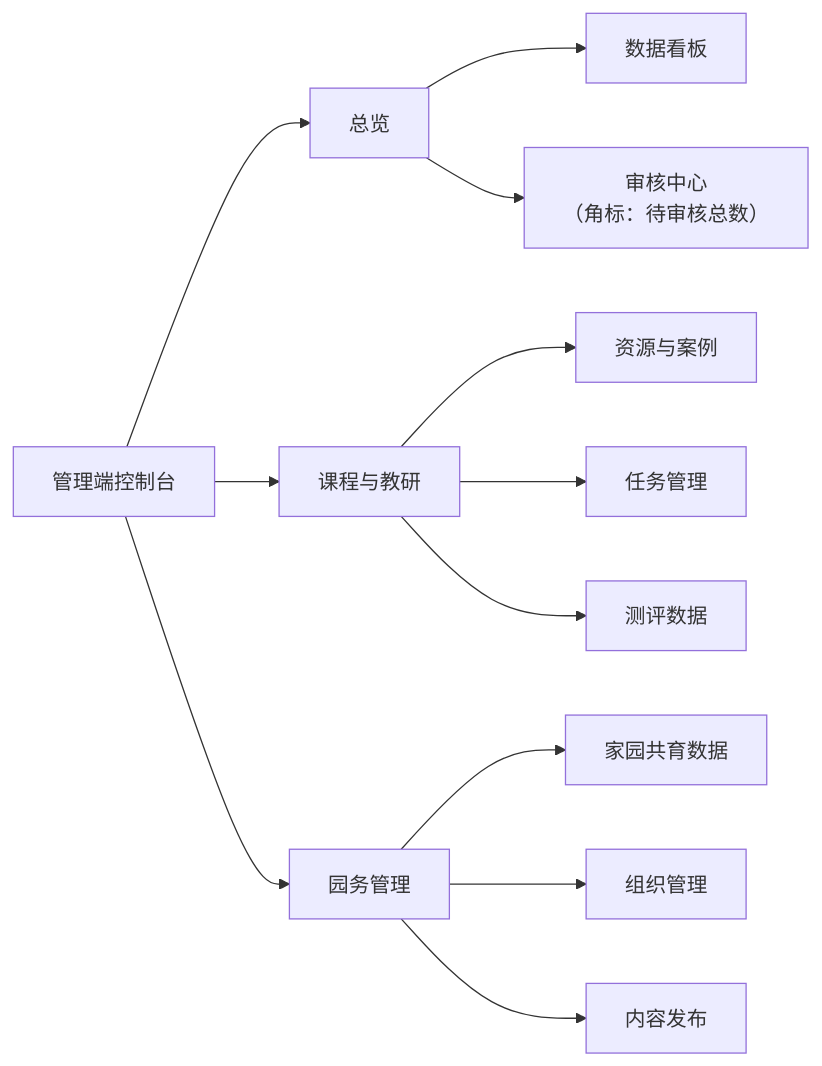
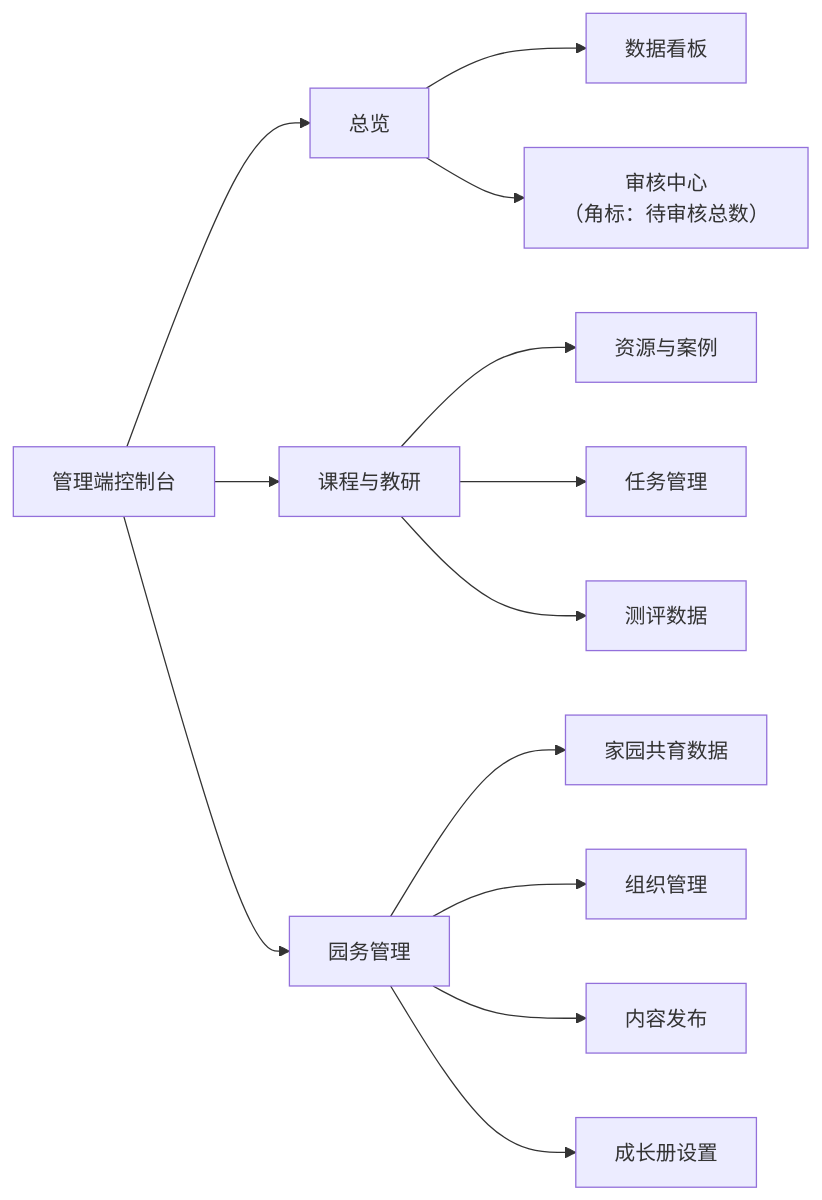
One commit to Chao0s/hualong-admin-pc changed the first of 11 diagrams in docs/信息架构.md. Above: the diagram before and after it, drawn with Mermaid. The commit also changed other lines of this file and 11 other files, not shown here.

First line of the commit message:
feat(growthbook): add growth book setting view

````diff
--- a/docs/信息架构.md
+++ b/docs/信息架构.md
@@ -13,19 +13,20 @@
 ```mermaid
 flowchart LR
     Admin["管理端控制台"]
 
     Admin --> G1["总览"]
     Admin --> G2["课程与教研"]
     Admin --> G3["园务管理"]
 
     G1 --> Dashboard["数据看板"]
     G1 --> Review["审核中心<br/>（角标：待审核总数）"]
 
     G2 --> Library["资源与案例"]
     G2 --> Tasks["任务管理"]
     G2 --> Assessment["测评数据"]
 
     G3 --> HomeSchool["家园共育数据"]
     G3 --> Org["组织管理"]
     G3 --> Content["内容发布"]
+    G3 --> GrowthBook["成长册设置"]
 ```
````
